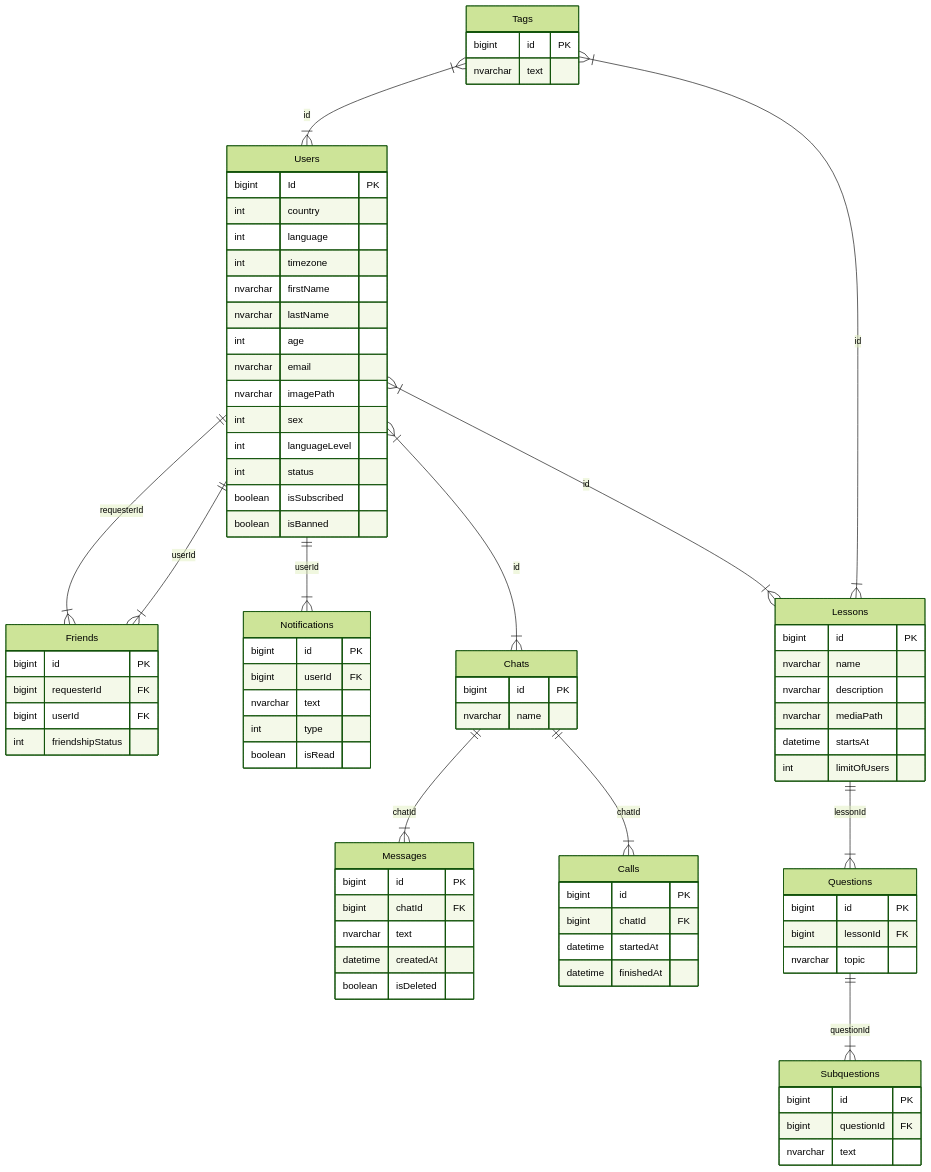
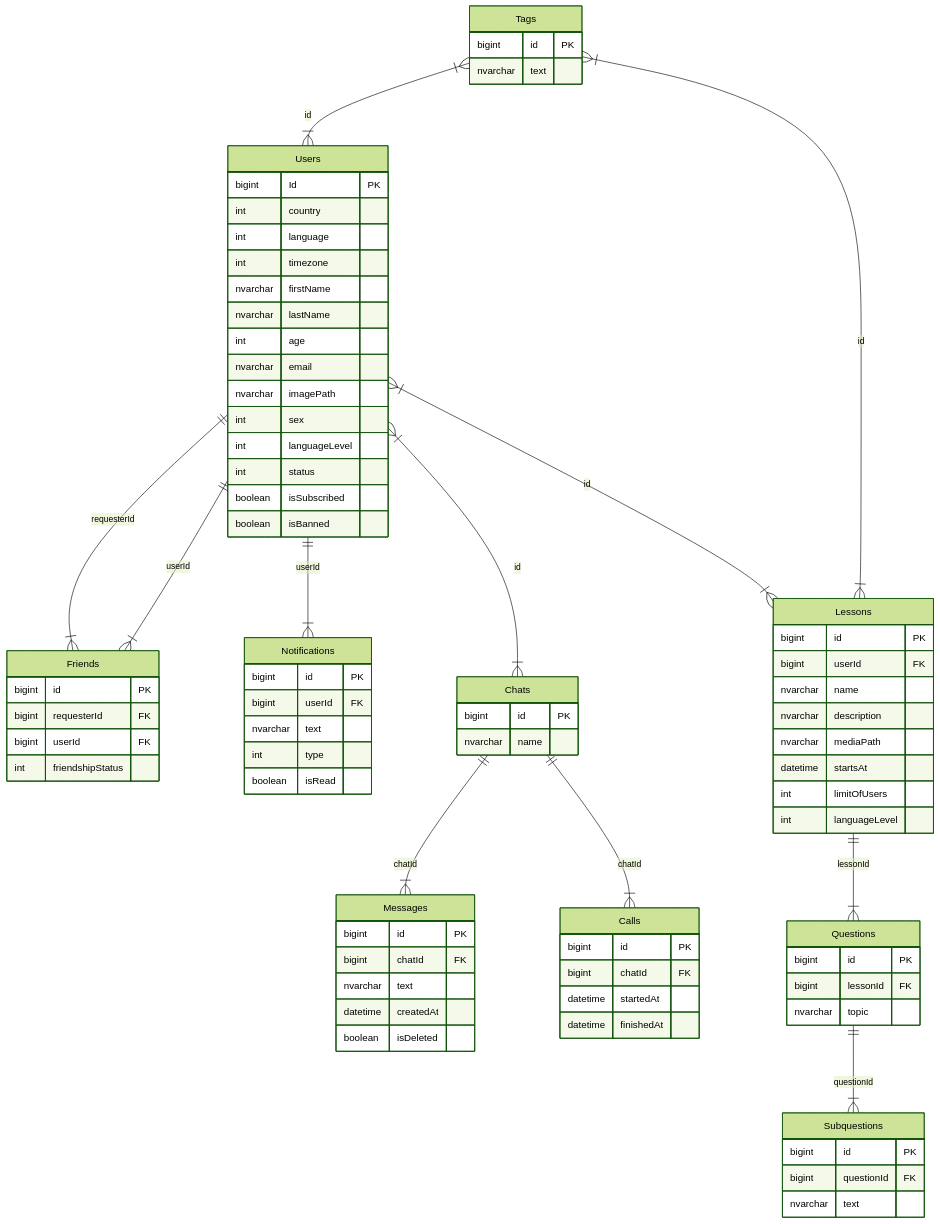
Before and after one commit to BinaryStudioAcademy/bsa-winter-2022-2023-easyspeak: the diagram in README.md, drawn with Mermaid (forest theme).

Commit message:
23: Updated readme

```diff
--- a/README.md
+++ b/README.md
@@ -90,11 +90,13 @@
   Lessons ||--|{ Questions : lessonId
   Lessons {
     bigint id PK
+    bigint userId FK
     nvarchar name
     nvarchar description
     nvarchar mediaPath
     datetime startsAt
     int limitOfUsers
+    int languageLevel 
   }
 
   Calls {
```
